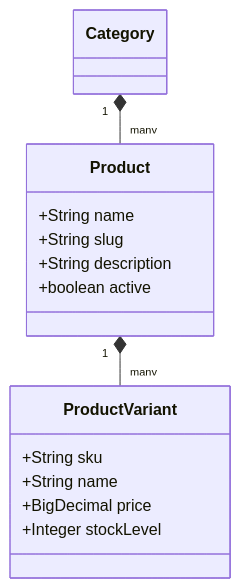
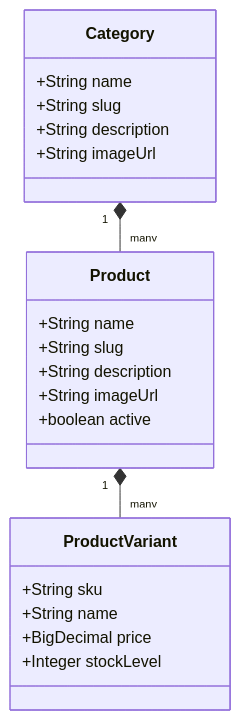
Before and after one commit to Firasbaklouti1/shopify-alternative: the first of 2 diagrams in src/main/java/com/firas/saas/product/README.md, drawn with Mermaid. The commit also changed other lines of this file and 37 other files, not shown here.

````diff
--- a/src/main/java/com/firas/saas/product/README.md
+++ b/src/main/java/com/firas/saas/product/README.md
@@ -11,19 +11,27 @@
 ```mermaid
 classDiagram
     Product "1" *-- "many" ProductVariant
     Category "1" *-- "many" Product
     
     class Product {
         +String name
         +String slug
         +String description
+        +String imageUrl
         +boolean active
+    }
+    
+    class Category {
+        +String name
+        +String slug
+        +String description
+        +String imageUrl
     }
     
     class ProductVariant {
         +String sku
         +String name
         +BigDecimal price
         +Integer stockLevel
     }
 ```
````
